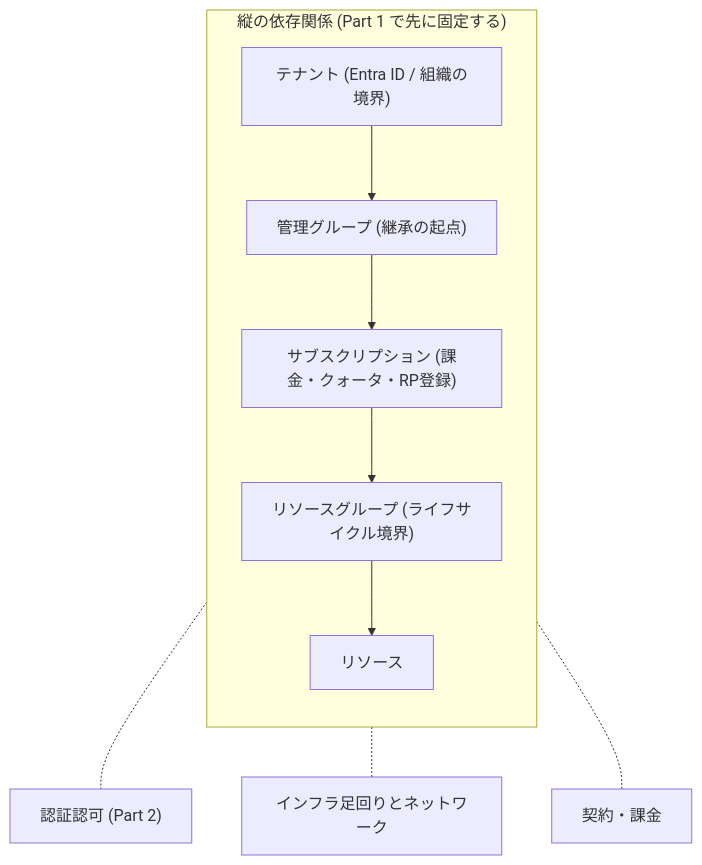
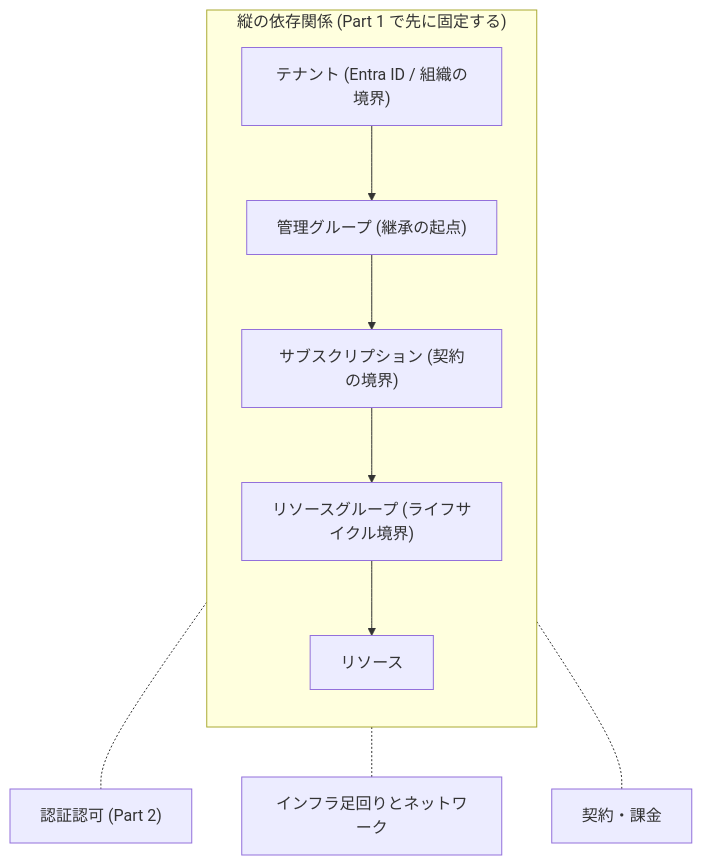
The diagram in README.md (engineers-hub-ltd-in-house-project/azure-practice), drawn with Mermaid before and after one commit. The commit also changed 2 other files, not shown here.

Commit message:
docs: 定義していない略語を排除する
第1章の図に RP 登録という略語が定義なしで出ていた。リソースプロバイダー登録と
書き下し、README の図は章タイトルに合わせて契約の境界とした。RBAC は第0章の
登場人物表で定義してから第2章以降で使う形にした。

「定義していない略語を使わない。図のラベルでも同じとする」を執筆規約に加えた。

````diff
--- a/README.md
+++ b/README.md
@@ -5,13 +5,13 @@
 ```mermaid
 flowchart TB
   subgraph V["縦の依存関係 (Part 1 で先に固定する)"]
     direction TB
     T["テナント (Entra ID / 組織の境界)"] --> M["管理グループ (継承の起点)"]
-    M --> S["サブスクリプション (課金・クォータ・RP登録)"]
+    M --> S["サブスクリプション (契約の境界)"]
     S --> R["リソースグループ (ライフサイクル境界)"]
     R --> X["リソース"]
   end
   X -.- A["認証認可 (Part 2)"]
   X -.- N["インフラ足回りとネットワーク"]
   X -.- C["契約・課金"]
 ```
````
